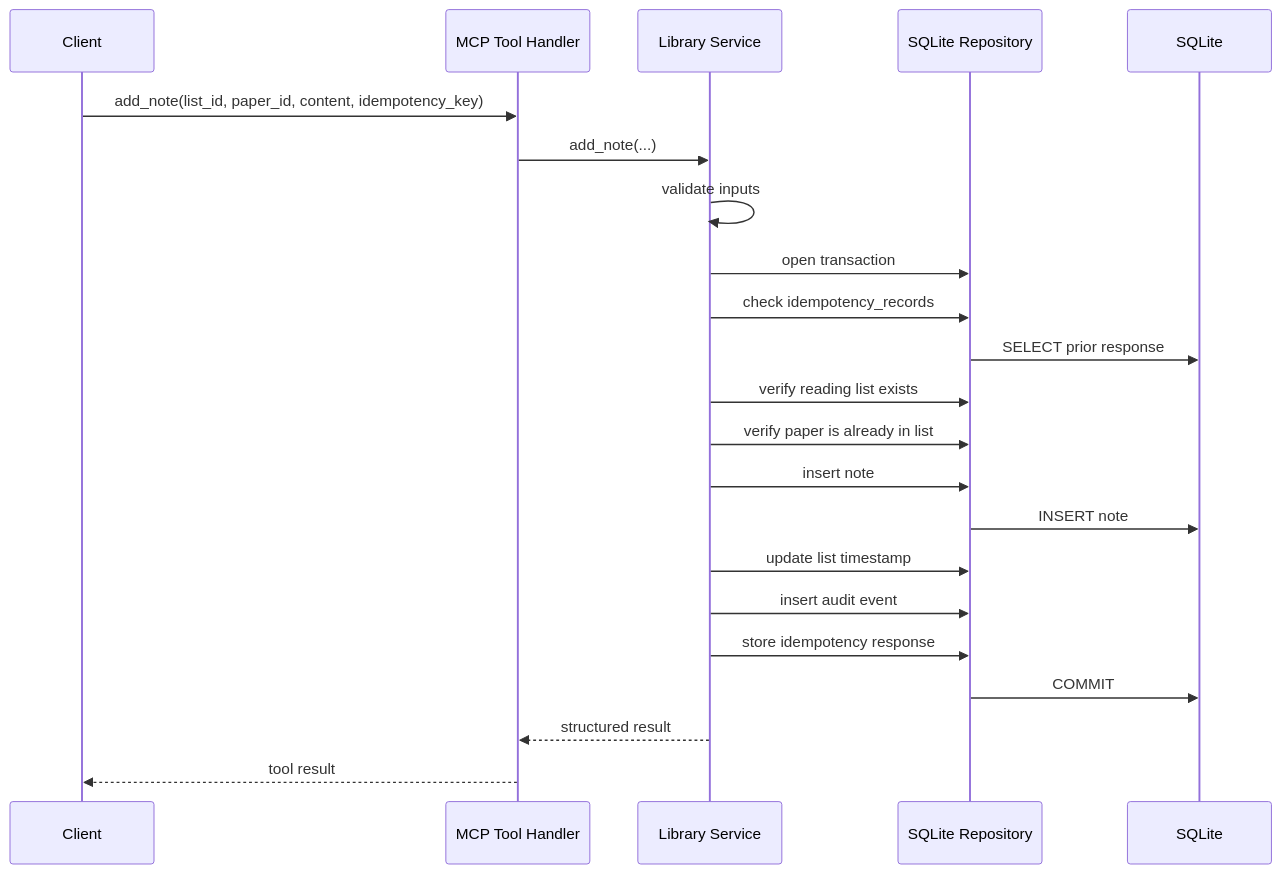
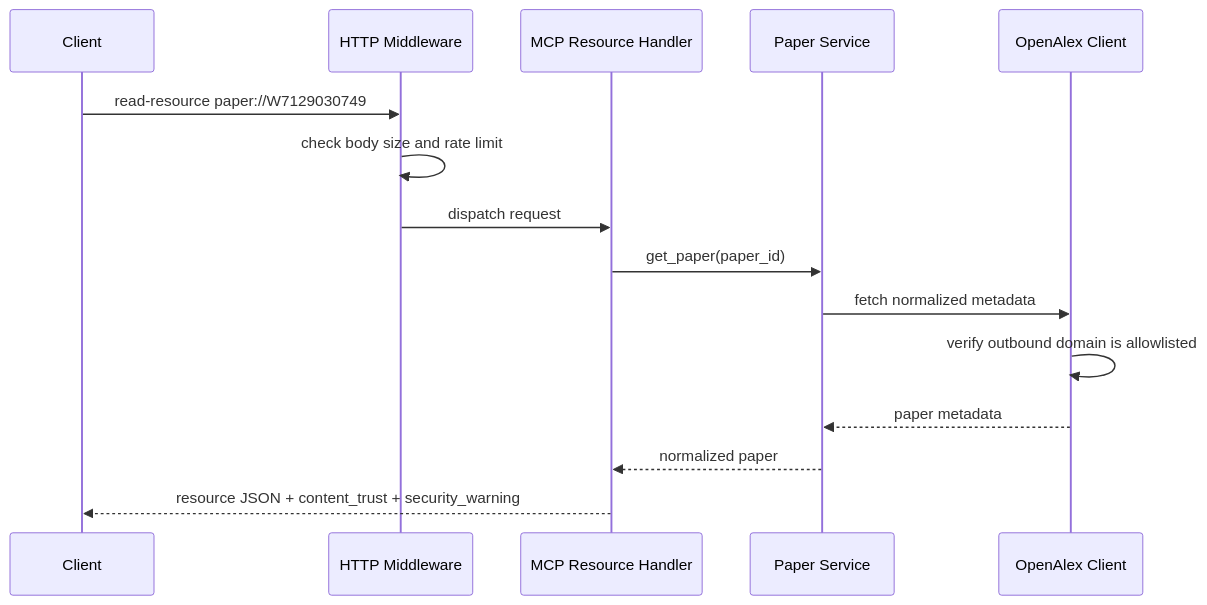
The second of 3 diagrams in docs/design.md (Kaushik-2005/MCP), drawn with Mermaid before and after one commit. The commit also changed other lines of this file and 12 other files, not shown here.

Commit message:
feat: add MCP security and documentation

````diff
--- a/docs/design.md
+++ b/docs/design.md
@@ -309,25 +272,18 @@
 ```mermaid
 sequenceDiagram
     participant Client
-    participant MCP as MCP Tool Handler
-    participant Service as Library Service
-    participant Repo as SQLite Repository
-    participant DB as SQLite
+    participant HTTP as HTTP Middleware
+    participant MCP as MCP Resource Handler
+    participant Paper as Paper Service
+    participant OpenAlex as OpenAlex Client
 
-    Client->>MCP: add_note(list_id, paper_id, content, idempotency_key)
-    MCP->>Service: add_note(...)
-    Service->>Service: validate inputs
-    Service->>Repo: open transaction
-    Service->>Repo: check idempotency_records
-    Repo->>DB: SELECT prior response
-    Service->>Repo: verify reading list exists
-    Service->>Repo: verify paper is already in list
-    Service->>Repo: insert note
-    Repo->>DB: INSERT note
-    Service->>Repo: update list timestamp
-    Service->>Repo: insert audit event
-    Service->>Repo: store idempotency response
-    Repo->>DB: COMMIT
-    Service-->>MCP: structured result
-    MCP-->>Client: tool result
+    Client->>HTTP: read-resource paper://W7129030749
+    HTTP->>HTTP: check body size and rate limit
+    HTTP->>MCP: dispatch request
+    MCP->>Paper: get_paper(paper_id)
+    Paper->>OpenAlex: fetch normalized metadata
+    OpenAlex->>OpenAlex: verify outbound domain is allowlisted
+    OpenAlex-->>Paper: paper metadata
+    Paper-->>MCP: normalized paper
+    MCP-->>Client: resource JSON + content_trust + security_warning
 ```
````
